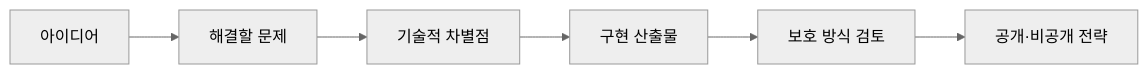
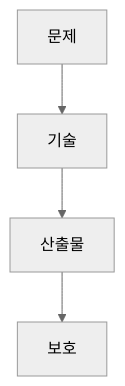
Before and after one commit to umyunsang/edu: the diagram in ComputerScience/03_ai-ml-data/ai-system-design/notes/05. AI 아이디어와 보호 전략.md, drawn with Mermaid (neutral theme). The commit also changed other lines of this file and 2 other files, not shown here.

````diff
--- a/ComputerScience/03_ai-ml-data/ai-system-design/notes/05. AI 아이디어와 보호 전략.md
+++ b/ComputerScience/03_ai-ml-data/ai-system-design/notes/05. AI 아이디어와 보호 전략.md
@@ -21,8 +26,6 @@
 ```mermaid
-flowchart LR
-    A["아이디어"] --> B["해결할 문제"]
-    B --> C["기술적 차별점"]
-    C --> D["구현 산출물"]
-    D --> E["보호 방식 검토"]
-    E --> F["공개·비공개 전략"]
+flowchart TB
+    A[문제] --> B[기술]
+    B --> C[산출물]
+    C --> D[보호]
 ```
````
